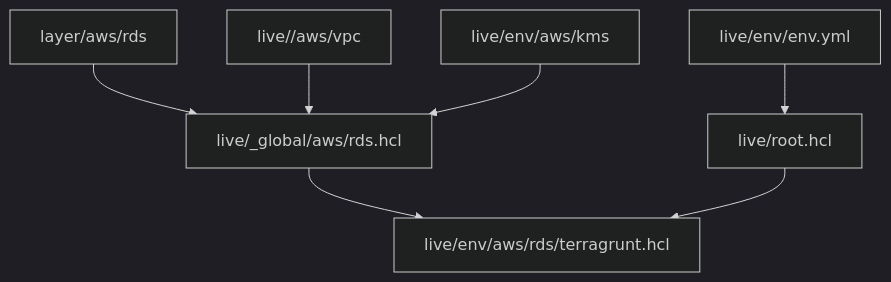
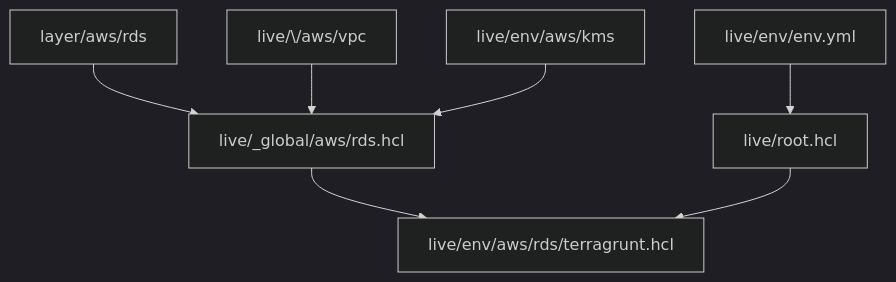
The diagram in README.md (tkreque/SpellingBee), drawn with Mermaid (dark theme) before and after one commit.

Commit message:
Quick test

````diff
--- a/README.md
+++ b/README.md
@@ -37,9 +37,9 @@
 ```mermaid
 graph TD;
   A["layer/aws/rds"] --> E["live/_global/aws/rds.hcl"];
-  B["live/<env>/aws/vpc"] --> E;
+  B["live/\<env\>/aws/vpc"] --> E;
   C["live/env/aws/kms"] --> E;
   D["live/env/env.yml"] --> F["live/root.hcl"];
   E --> G["live/env/aws/rds/terragrunt.hcl"];
   F --> G;
 ```
````
